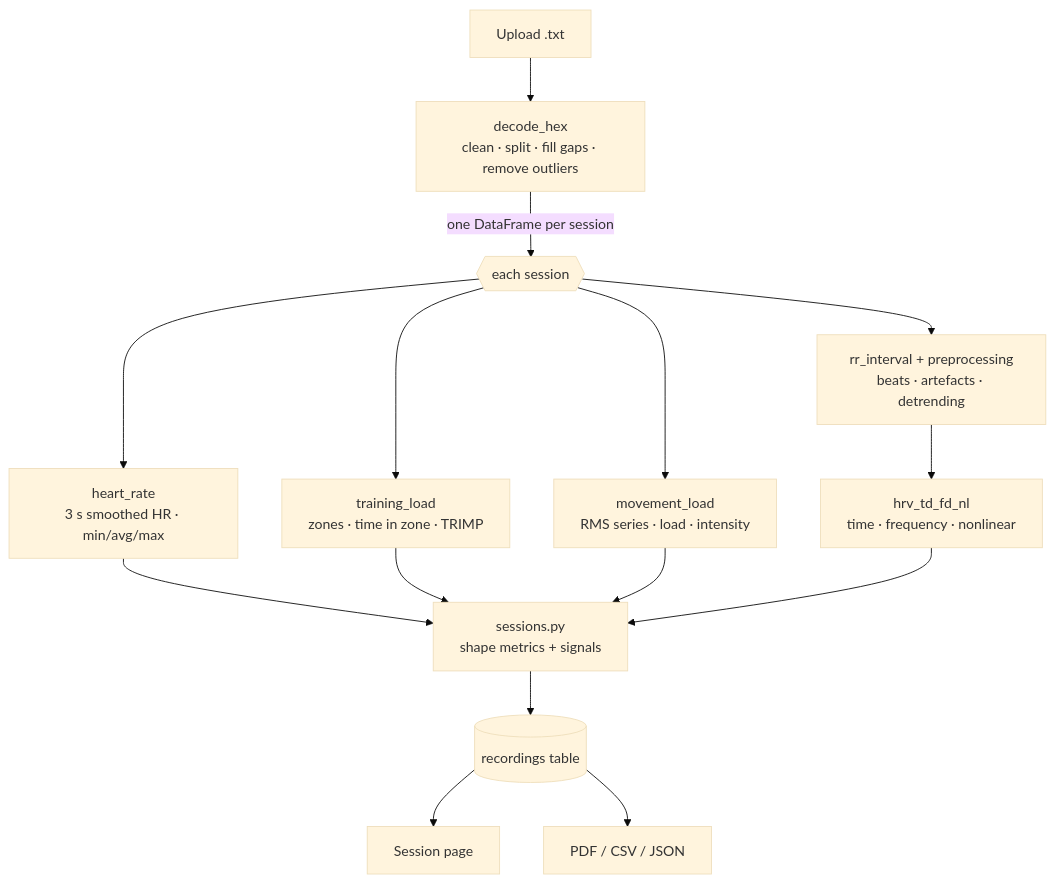
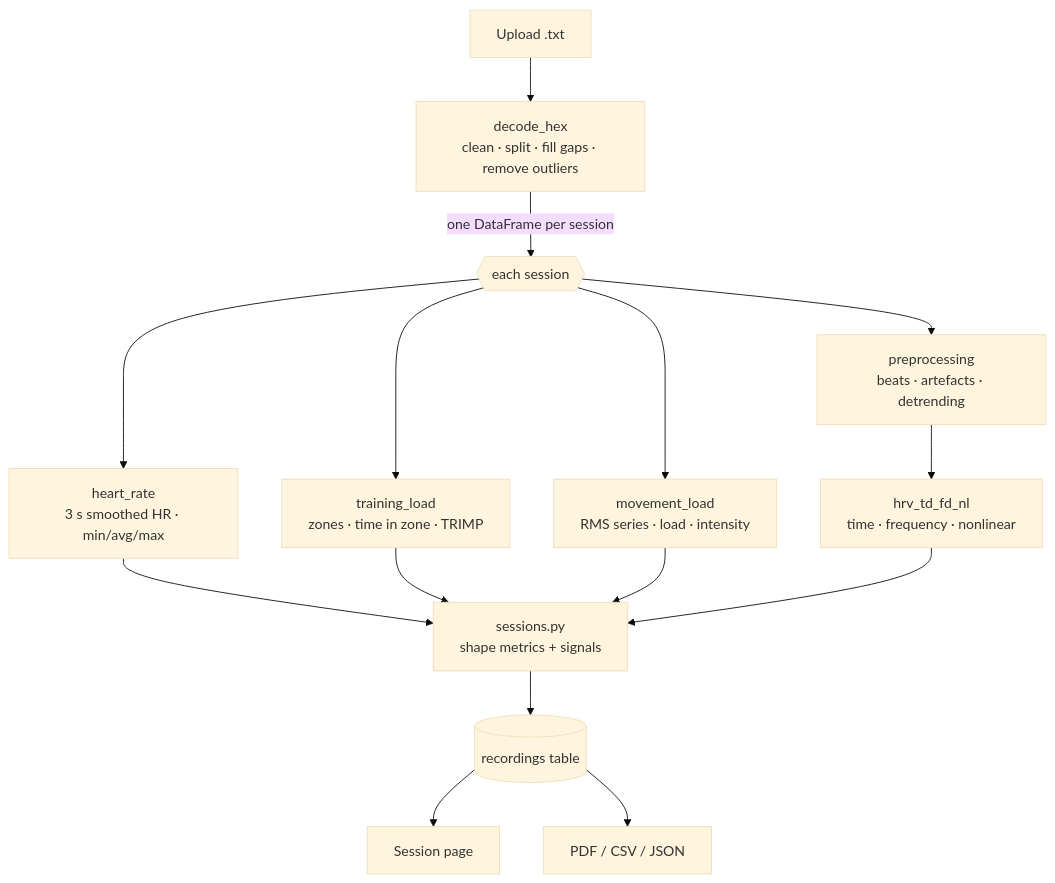
The diagram in docs/processing.md (Sivaneshakumar27/netribeat), drawn with Mermaid (base theme) before and after one commit. The commit also changed other lines of this file and 15 other files, not shown here.

````diff
--- a/docs/processing.md
+++ b/docs/processing.md
@@ -12,13 +12,13 @@
 ```mermaid
 flowchart TD
     U[Upload .txt] --> D["decode_hex<br/>clean · split · fill gaps · remove outliers"]
     D -->|one DataFrame per session| S{{each session}}
     S --> HR[heart_rate<br/>3 s smoothed HR · min/avg/max]
     S --> TL[training_load<br/>zones · time in zone · TRIMP]
     S --> ML[movement_load<br/>RMS series · load · intensity]
-    S --> RR[rr_interval + preprocessing<br/>beats · artefacts · detrending]
+    S --> RR[preprocessing<br/>beats · artefacts · detrending]
     RR --> HRV[hrv_td_fd_nl<br/>time · frequency · nonlinear]
     HR & TL & ML & HRV --> P[sessions.py<br/>shape metrics + signals]
     P --> DB[(recordings table)]
     DB --> UI[Session page] & R[PDF / CSV / JSON]
 ```
````
